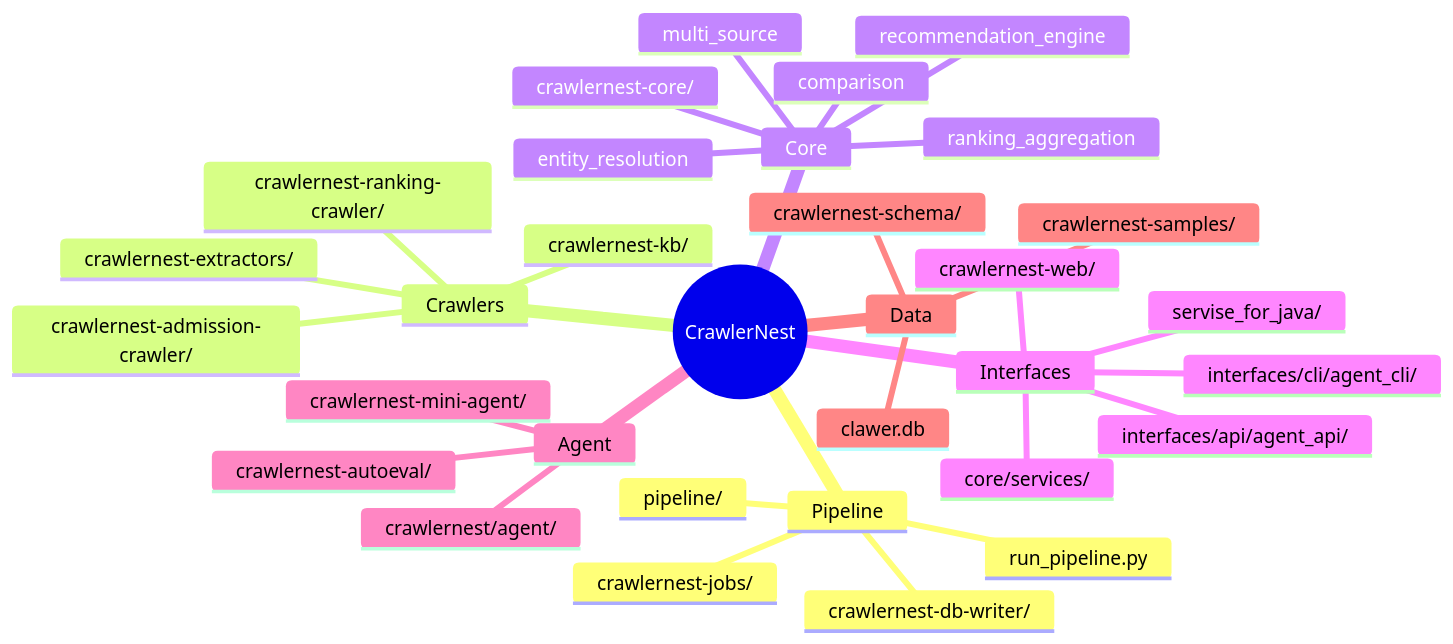
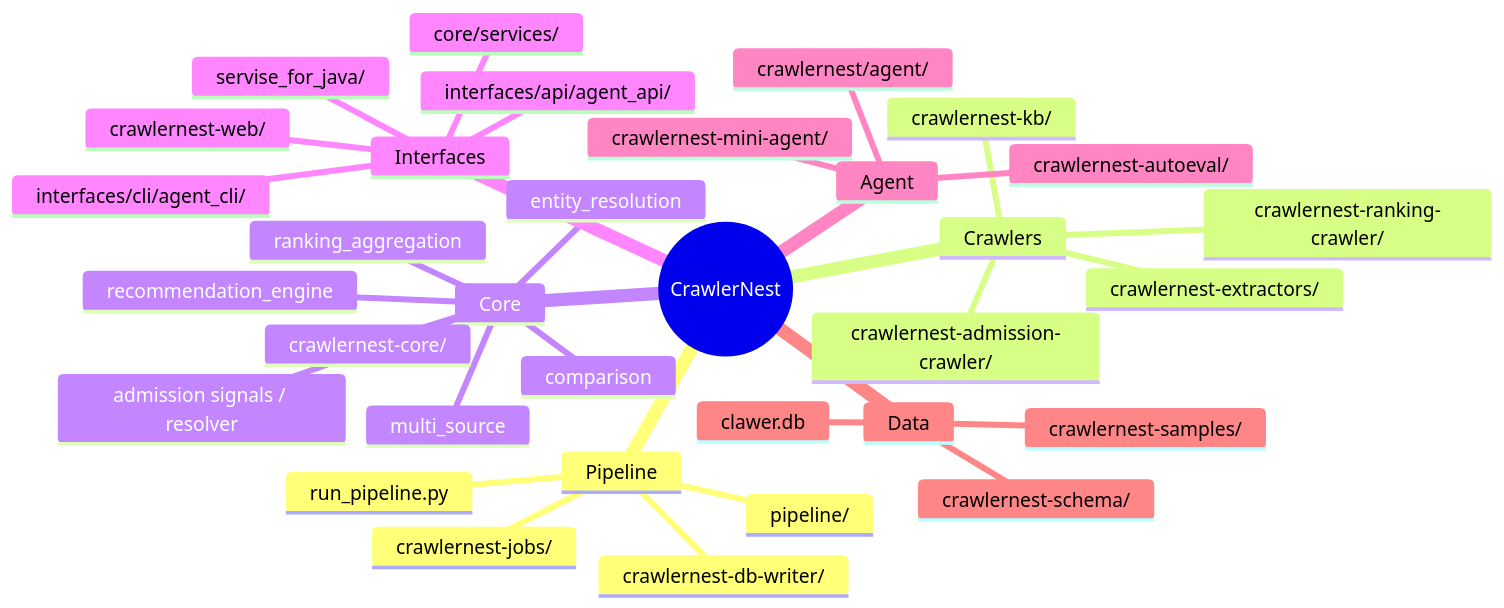
One commit to heinricitorgau/CrawlerNest changed the tenth of 10 diagrams in docs/architecture/SYSTEM_ENGINE_ARCHITECTURE.md. Above: the diagram before and after it, drawn with Mermaid. The commit also changed other lines of this file and 14 other files, not shown here.

````diff
--- a/docs/architecture/SYSTEM_ENGINE_ARCHITECTURE.md
+++ b/docs/architecture/SYSTEM_ENGINE_ARCHITECTURE.md
@@ -277,35 +336,36 @@
 ```mermaid
 mindmap
   root((CrawlerNest))
     Pipeline
       run_pipeline.py
       pipeline/
       crawlernest-jobs/
       crawlernest-db-writer/
     Crawlers
       crawlernest-extractors/
       crawlernest-ranking-crawler/
       crawlernest-admission-crawler/
       crawlernest-kb/
     Core
       crawlernest-core/
       entity_resolution
       multi_source
       ranking_aggregation
       recommendation_engine
+      admission signals / resolver
       comparison
     Interfaces
       core/services/
       interfaces/api/agent_api/
       interfaces/cli/agent_cli/
       servise_for_java/
       crawlernest-web/
     Agent
       crawlernest/agent/
       crawlernest-mini-agent/
       crawlernest-autoeval/
     Data
       crawlernest-schema/
       crawlernest-samples/
       clawer.db
 ```
````
